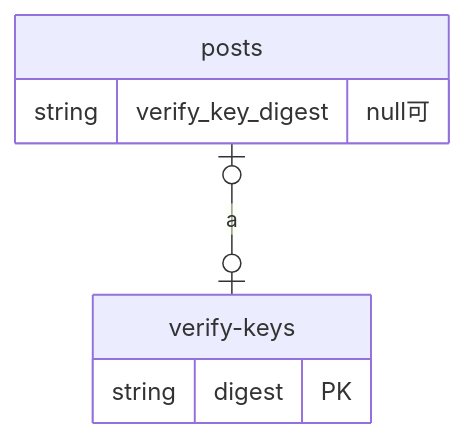
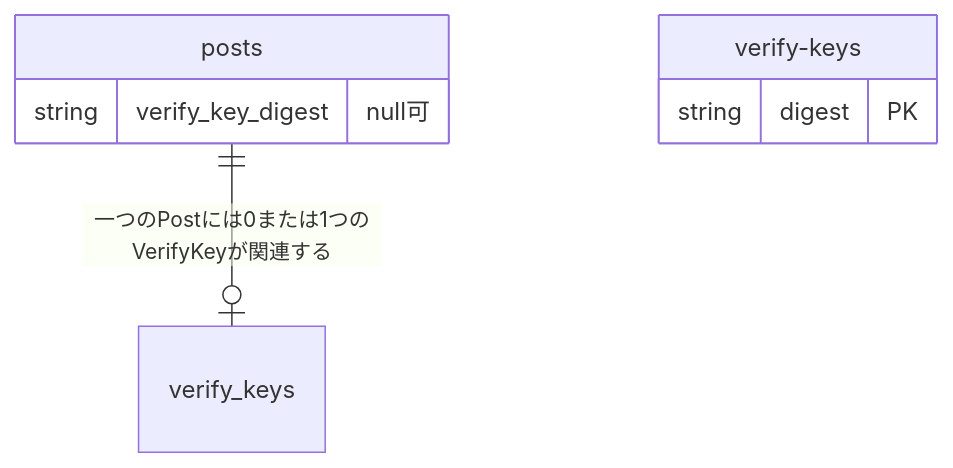
One commit to nanasi-1/encrypted-board changed the third of 3 diagrams in docs/db-relations.md. Above: the diagram before and after it, drawn with Mermaid. The commit also changed other lines of this file and 11 other files, not shown here.

````diff
--- a/docs/db-relations.md
+++ b/docs/db-relations.md
@@ -45,12 +47,12 @@
 ```mermaid
 erDiagram
-posts |o--o| verify-keys : "a"
+posts ||--o| verify_keys : "一つのPostには0または1つのVerifyKeyが関連する"
 
 posts {
   string verify_key_digest "null可"
 }
 
 verify-keys {
   string digest PK
 }
 ```
````
